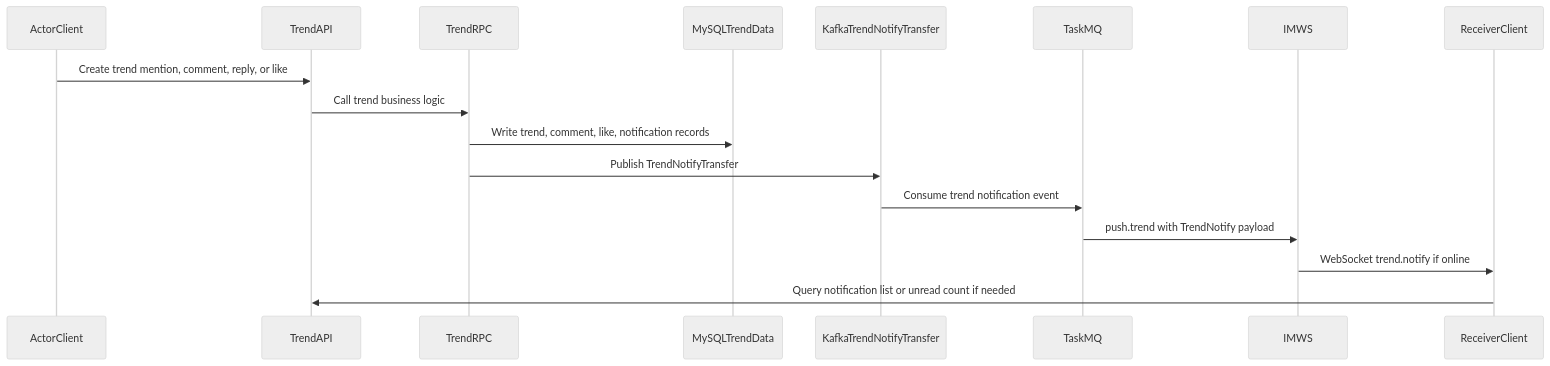
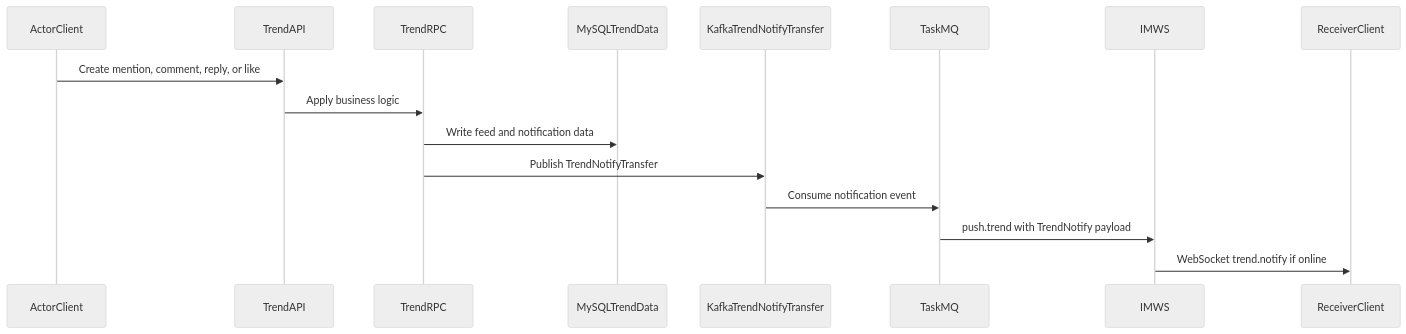
Before and after one commit to iceymoss/go-hichat-api: the fourth of 4 diagrams in README.md, drawn with Mermaid (neutral theme). The commit also changed other lines of this file and 1 other file, not shown here.

Commit message:
docs: improve README architecture overview

````diff
--- a/README.md
+++ b/README.md
@@ -283,11 +144,10 @@
 ```mermaid
 sequenceDiagram
-  ActorClient->>TrendAPI: Create trend mention, comment, reply, or like
-  TrendAPI->>TrendRPC: Call trend business logic
-  TrendRPC->>MySQLTrendData: Write trend, comment, like, notification records
+  ActorClient->>TrendAPI: Create mention, comment, reply, or like
+  TrendAPI->>TrendRPC: Apply business logic
+  TrendRPC->>MySQLTrendData: Write feed and notification data
   TrendRPC->>KafkaTrendNotifyTransfer: Publish TrendNotifyTransfer
-  KafkaTrendNotifyTransfer->>TaskMQ: Consume trend notification event
+  KafkaTrendNotifyTransfer->>TaskMQ: Consume notification event
   TaskMQ->>IMWS: push.trend with TrendNotify payload
   IMWS->>ReceiverClient: WebSocket trend.notify if online
-  ReceiverClient->>TrendAPI: Query notification list or unread count if needed
 ```
````
